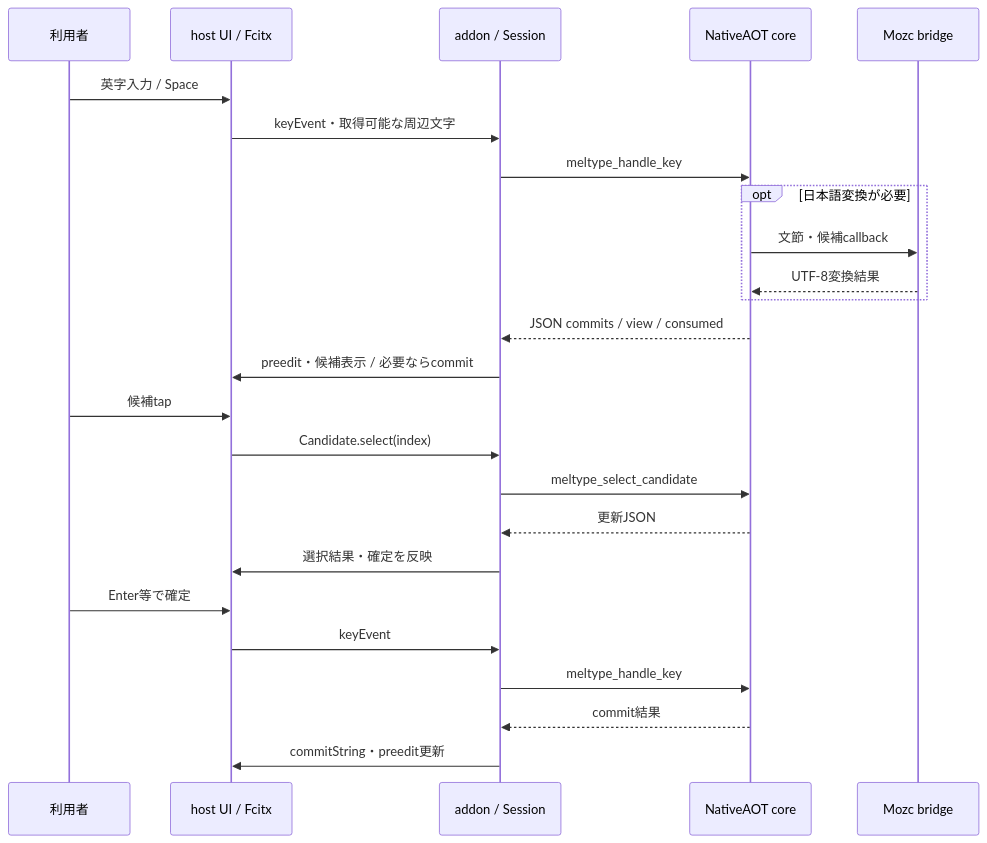
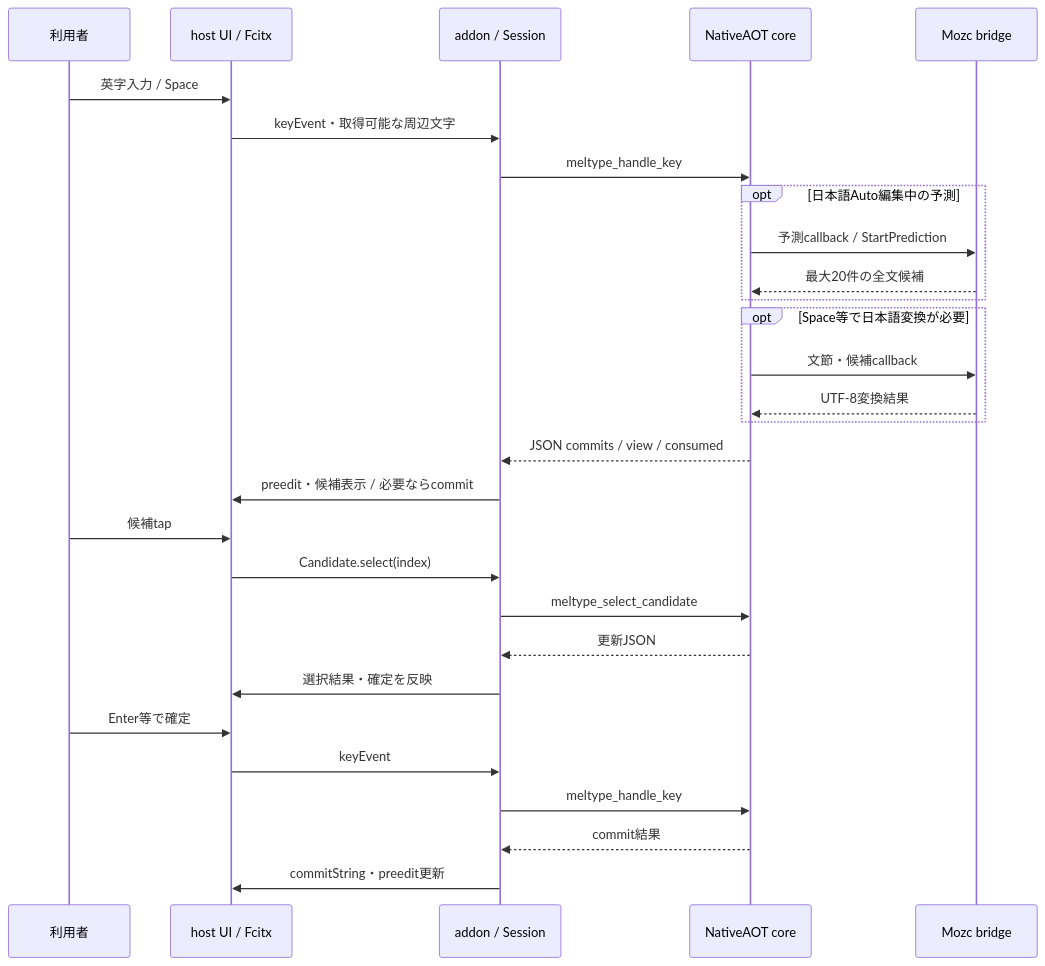
One commit to hogehonya/fcitx5-meltype changed the third of 5 diagrams in docs/ARCHITECTURE.md. Above: the diagram before and after it, drawn with Mermaid. The commit also changed other lines of this file and 4 other files, not shown here.

````diff
--- a/docs/ARCHITECTURE.md
+++ b/docs/ARCHITECTURE.md
@@ -90,28 +88,32 @@
 ```mermaid
 %%{init: {"themeVariables": {"fontFamily": "IBM Plex Sans JP"}}}%%
 sequenceDiagram
     participant U as 利用者
     participant H as host UI / Fcitx
     participant A as addon / Session
     participant C as NativeAOT core
     participant B as Mozc bridge
     U->>H: 英字入力 / Space
     H->>A: keyEvent・取得可能な周辺文字
     A->>C: meltype_handle_key
-    opt 日本語変換が必要
+    opt 日本語Auto編集中の予測
+        C->>B: 予測callback / StartPrediction
+        B-->>C: 最大20件の全文候補
+    end
+    opt Space等で日本語変換が必要
         C->>B: 文節・候補callback
         B-->>C: UTF-8変換結果
     end
     C-->>A: JSON commits / view / consumed
     A->>H: preedit・候補表示 / 必要ならcommit
     U->>H: 候補tap
     H->>A: Candidate.select(index)
     A->>C: meltype_select_candidate
     C-->>A: 更新JSON
     A->>H: 選択結果・確定を反映
     U->>H: Enter等で確定
     H->>A: keyEvent
     A->>C: meltype_handle_key
     C-->>A: commit結果
     A->>H: commitString・preedit更新
 ```
````
